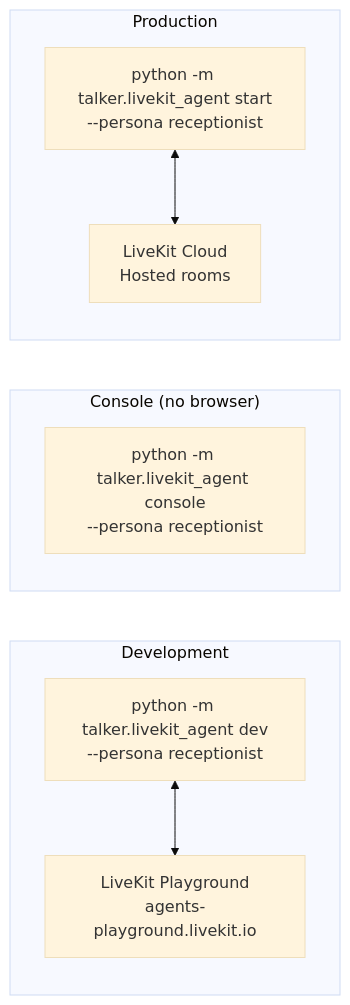
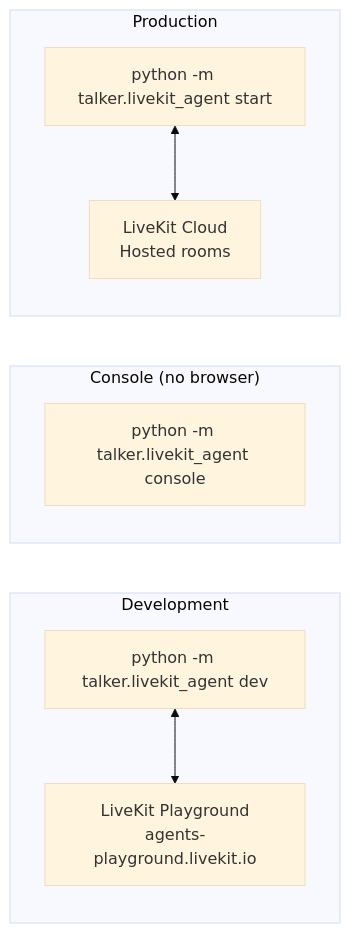
Before and after one commit to bodharma/talker: diagram 19 of 23 in docs/livekit-architecture.md, drawn with Mermaid (base theme). The commit also changed other lines of this file and 3 other files, not shown here.

First line of the commit message:
docs: rewrite architecture and LiveKit docs for code review

````diff
--- a/docs/livekit-architecture.md
+++ b/docs/livekit-architecture.md
@@ -569,18 +591,18 @@
 ```mermaid
 flowchart LR
     subgraph "Development"
-        DEV["python -m talker.livekit_agent dev<br/>--persona receptionist"]
+        DEV["python -m talker.livekit_agent dev"]
         PLAY["LiveKit Playground<br/>agents-playground.livekit.io"]
         DEV <--> PLAY
     end
 
     subgraph "Console (no browser)"
-        CON["python -m talker.livekit_agent console<br/>--persona receptionist"]
+        CON["python -m talker.livekit_agent console"]
     end
 
     subgraph "Production"
-        PROD["python -m talker.livekit_agent start<br/>--persona receptionist"]
+        PROD["python -m talker.livekit_agent start"]
         CLOUD["LiveKit Cloud<br/>Hosted rooms"]
         PROD <--> CLOUD
     end
 ```
````
